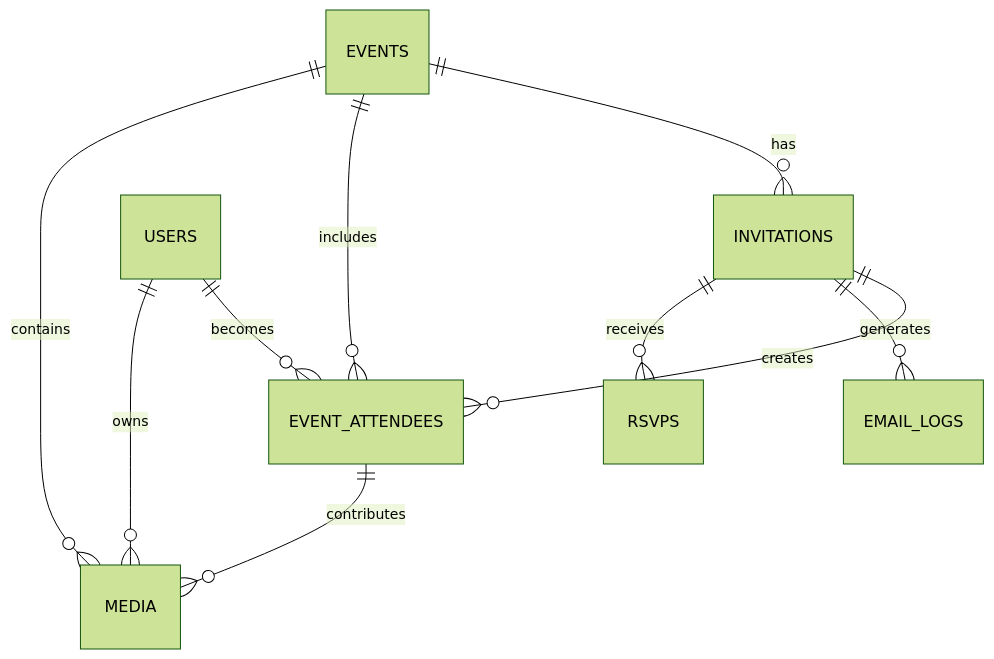
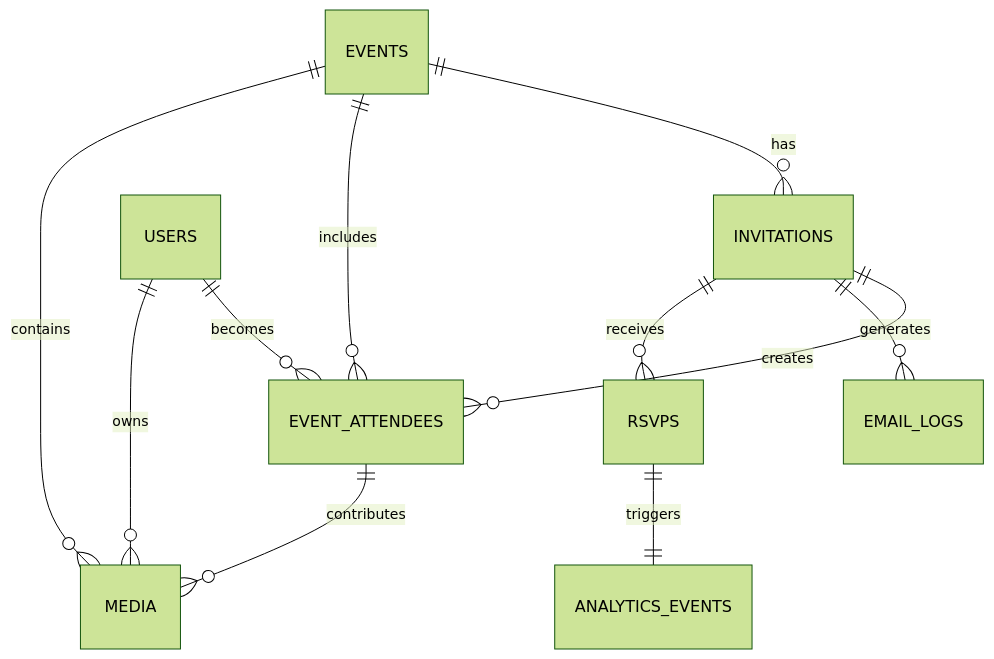
One commit to mrj0nesmtl/cloud-burst changed the diagram in docs/user-flows/invited_user_flow_design_document.md. Above: the diagram before and after it, drawn with Mermaid (forest theme). The commit also changed other lines of this file and 16 other files, not shown here.

````diff
--- a/docs/user-flows/invited_user_flow_design_document.md
+++ b/docs/user-flows/invited_user_flow_design_document.md
@@ -451,12 +541,13 @@
 ```mermaid
 erDiagram
     EVENTS ||--o{ INVITATIONS : has
     INVITATIONS ||--o{ EVENT_ATTENDEES : creates
     USERS ||--o{ EVENT_ATTENDEES : becomes
     EVENTS ||--o{ EVENT_ATTENDEES : includes
     EVENT_ATTENDEES ||--o{ MEDIA : contributes
     USERS ||--o{ MEDIA : owns
     EVENTS ||--o{ MEDIA : contains
     INVITATIONS ||--o{ EMAIL_LOGS : generates
     INVITATIONS ||--o{ RSVPS : receives
+    RSVPS ||--|| ANALYTICS_EVENTS : triggers
 ```
````
